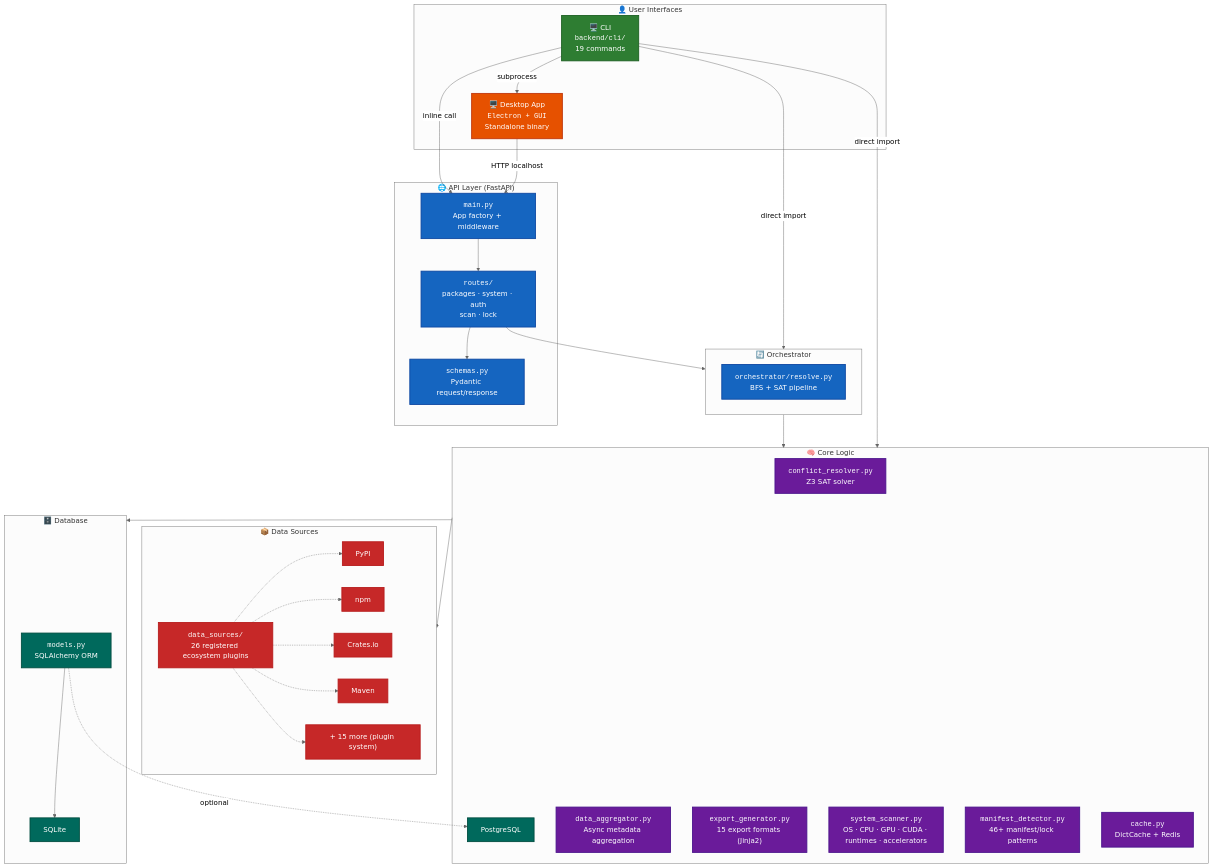
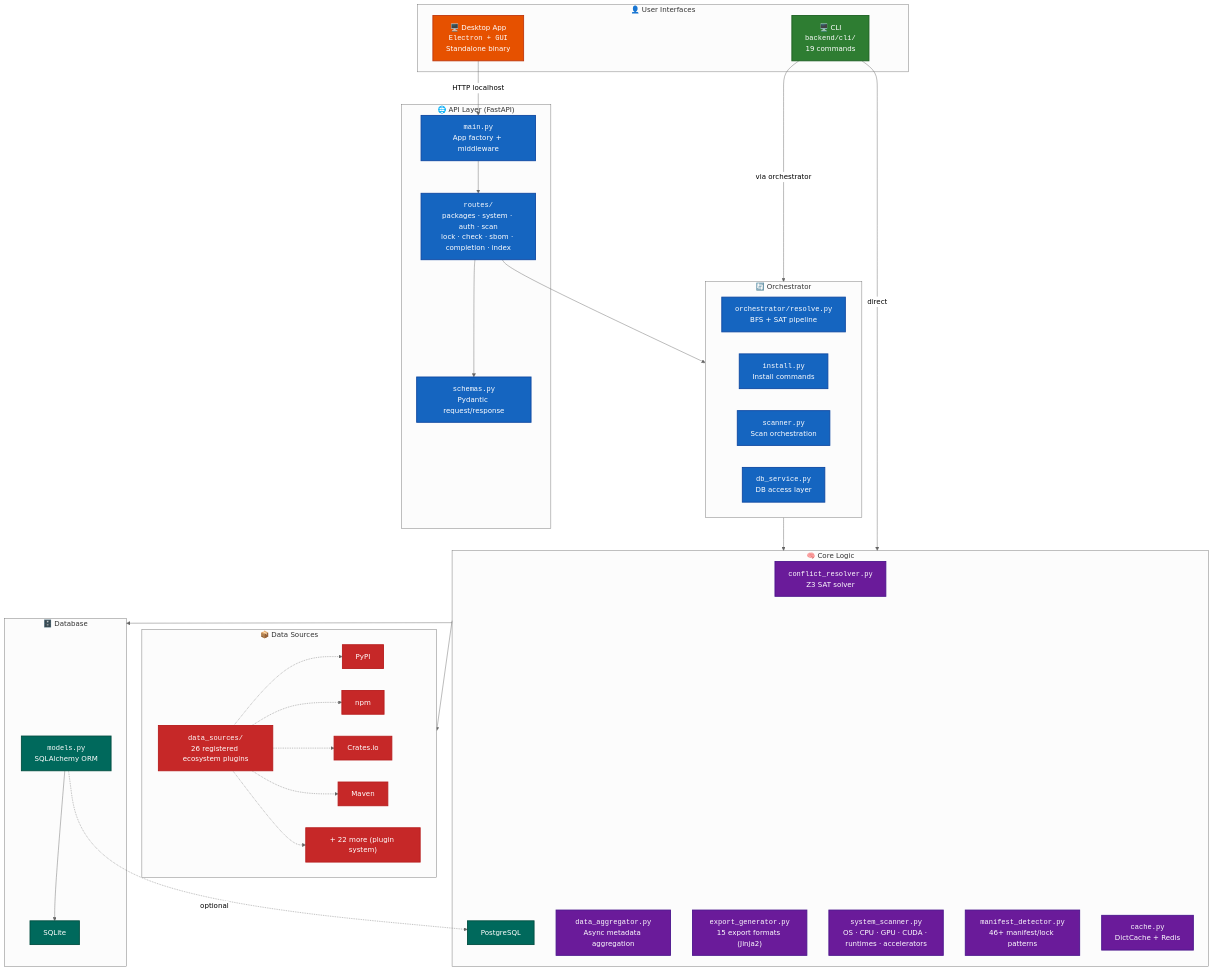
Before and after one commit to code-with-zeeshan/universal-dependency-resolver: the first of 4 diagrams in docs/ARCHITECTURE.md, drawn with Mermaid (neutral theme). The commit also changed other lines of this file and 17 other files, not shown here.

Commit message:
fix: doc diagram accuracy + Z3 optional dep + ecosystem category labels

````diff
--- a/docs/ARCHITECTURE.md
+++ b/docs/ARCHITECTURE.md
@@ -3,68 +3,69 @@
 ```mermaid
 graph TB
     subgraph UserLayer["👤 User Interfaces"]
         CLI["🖥️ CLI<br/><code>backend/cli/</code><br/>19 commands"]:::cli
         DESKTOP["🖥️ Desktop App<br/><code>Electron + GUI</code><br/>Standalone binary"]:::desktop
     end
 
     subgraph APILayer["🌐 API Layer (FastAPI)"]
         API_MAIN["<code>main.py</code><br/>App factory + middleware"]:::api
-        ROUTES["<code>routes/</code><br/>packages · system · auth<br/>scan · lock"]:::api
+        ROUTES["<code>routes/</code><br/>packages · system · auth · scan<br/>lock · check · sbom · completion · index"]:::api
         SCHEMAS["<code>schemas.py</code><br/>Pydantic request/response"]:::api
     end
 
     subgraph OrchestratorLayer["🔄 Orchestrator"]
         ORCH["<code>orchestrator/resolve.py</code><br/>BFS + SAT pipeline"]:::api
+        O_INSTALL["<code>install.py</code><br/>Install commands"]:::api
+        O_SCANNER["<code>scanner.py</code><br/>Scan orchestration"]:::api
+        O_DB["<code>db_service.py</code><br/>DB access layer"]:::api
     end
 
     subgraph CoreLayer["🧠 Core Logic"]
         CR["<code>conflict_resolver.py</code><br/>Z3 SAT solver"]:::core
         PG["<code>pubgrub_solver.py</code><br/>PubGrub solver (Rust-backed)"]:::core
         DA["<code>data_aggregator.py</code><br/>Async metadata aggregation"]:::core
         EG["<code>export_generator.py</code><br/>15 export formats (Jinja2)"]:::core
         SS["<code>system_scanner.py</code><br/>OS · CPU · GPU · CUDA · runtimes · accelerators"]:::core
         MD["<code>manifest_detector.py</code><br/>46+ manifest/lock patterns"]:::core
         CACHE["<code>cache.py</code><br/>DictCache + Redis"]:::core
     end
 
     subgraph DataLayer["📦 Data Sources"]
         DS_CLIENTS["<code>data_sources/</code><br/>26 registered ecosystem plugins"]:::data
         PYPI["PyPI"]:::data
         NPM["npm"]:::data
         CRATES["Crates.io"]:::data
         MAVEN["Maven"]:::data
-        MORE["+ 15 more (plugin system)"]:::data
+        MORE["+ 22 more (plugin system)"]:::data
     end
 
     subgraph DBLayer["🗄️ Database"]
         MODELS["<code>models.py</code><br/>SQLAlchemy ORM"]:::db
         SQLITE["SQLite"]:::db
         PG["PostgreSQL"]:::db
     end
 
-    CLI -->|"subprocess"| DESKTOP
     DESKTOP -->|"HTTP localhost"| API_MAIN
-    CLI -->|"inline call"| API_MAIN
-    CLI -->|"direct import"| CoreLayer
+    CLI -->|"via orchestrator"| OrchestratorLayer
+    CLI -->|"direct"| CoreLayer
     API_MAIN --> ROUTES
     ROUTES --> SCHEMAS
-    CLI -->|"direct import"| OrchestratorLayer
     ROUTES --> OrchestratorLayer
     OrchestratorLayer --> CoreLayer
     CoreLayer --> DataLayer
     CoreLayer --> DBLayer
     DS_CLIENTS -.-> PYPI
     DS_CLIENTS -.-> NPM
     DS_CLIENTS -.-> CRATES
     DS_CLIENTS -.-> MAVEN
     DS_CLIENTS -.-> MORE
     MODELS --> SQLITE
     MODELS -.->|"optional"| PG
 
     classDef cli fill:#2e7d32,color:#fff,stroke:#1b5e20,stroke-width:2px
     classDef desktop fill:#e65100,color:#fff,stroke:#bf360c,stroke-width:2px
     classDef api fill:#1565c0,color:#fff,stroke:#0d47a1,stroke-width:2px
     classDef core fill:#6a1b9a,color:#fff,stroke:#4a148c,stroke-width:2px
     classDef data fill:#c62828,color:#fff,stroke:#b71c1c,stroke-width:2px
     classDef db fill:#00695c,color:#fff,stroke:#004d40,stroke-width:2px
 ```
````
